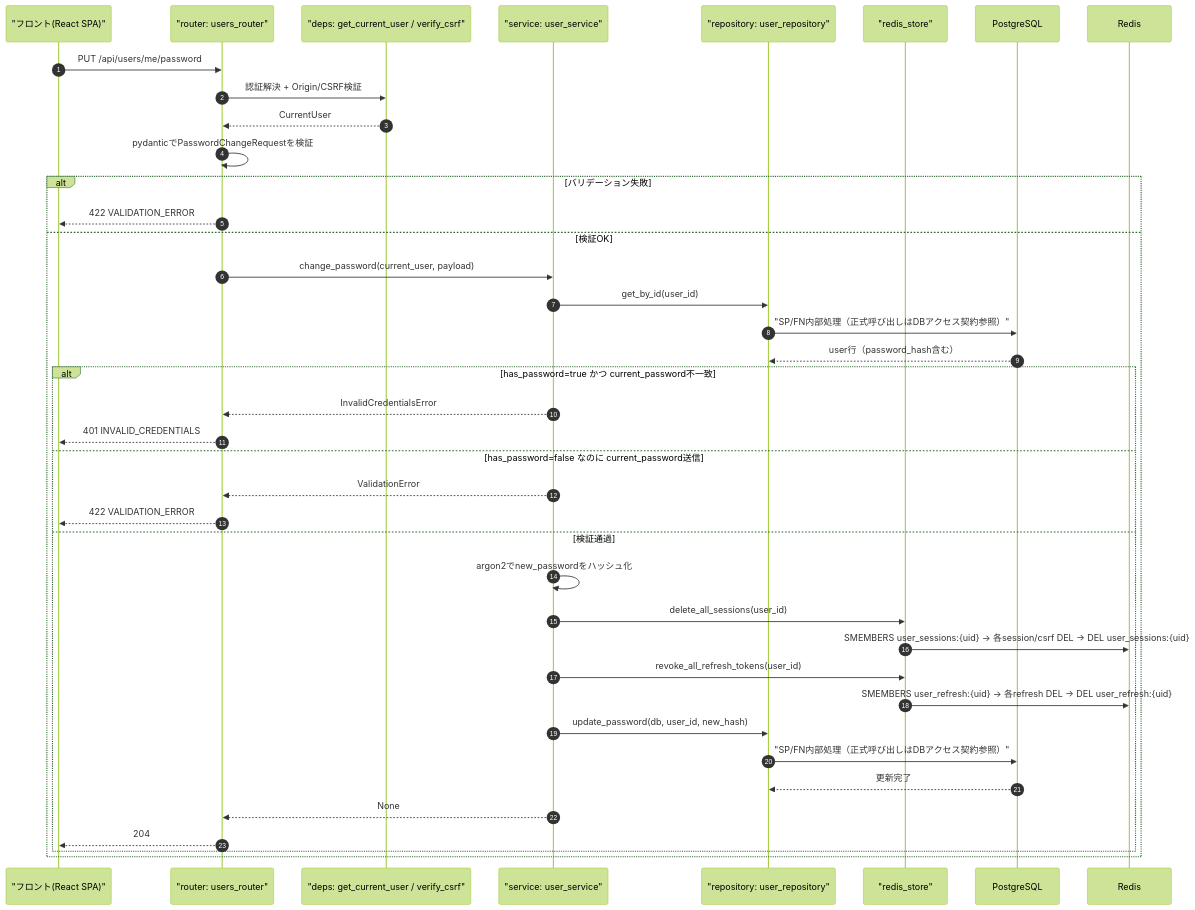
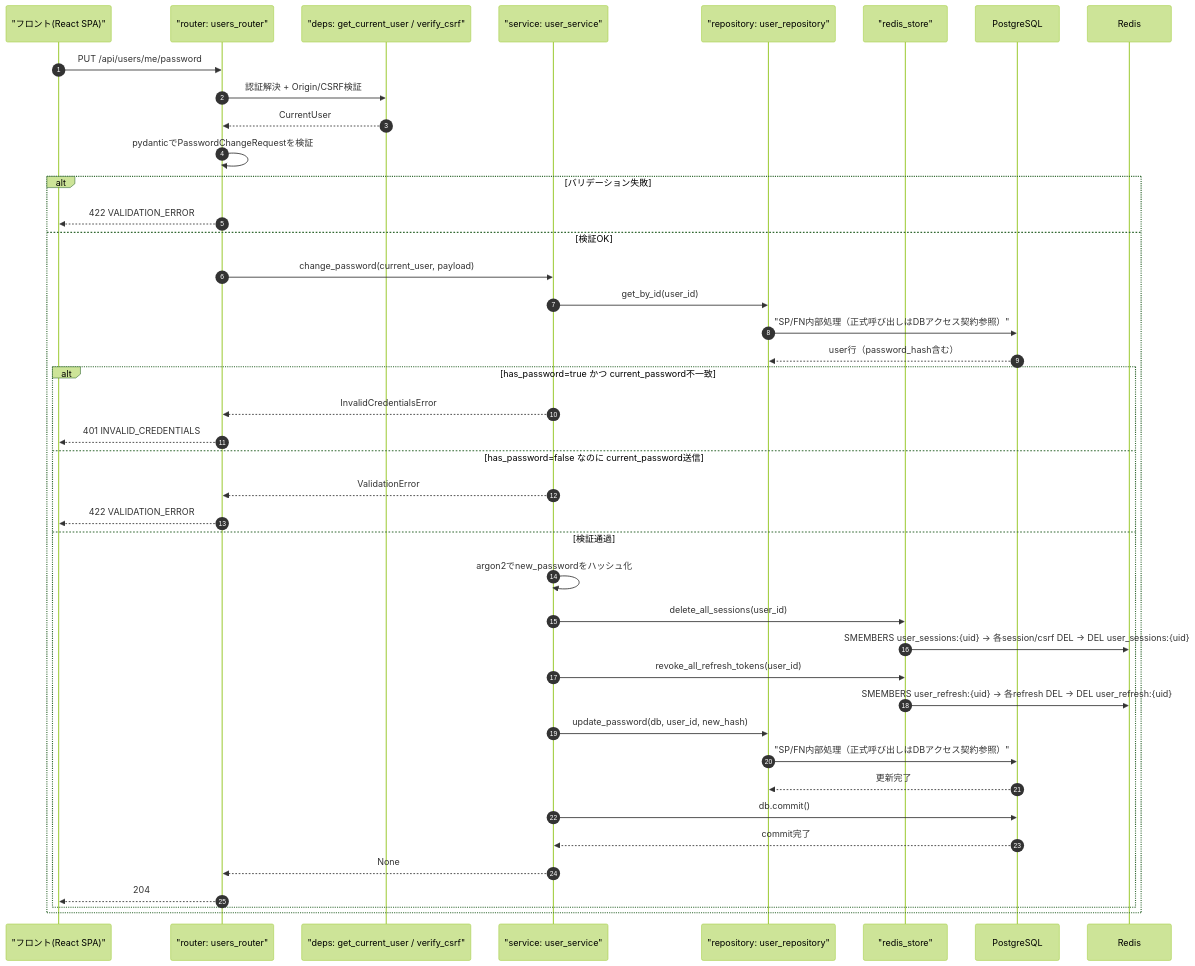
One commit to oikawa-d/task_management changed the first of 4 diagrams in docs/detailed_design/api/users/03_put_users_me_password.md. Above: the diagram before and after it, drawn with Mermaid (forest theme). The commit also changed other lines of this file and 2 other files, not shown here.

````diff
--- a/docs/detailed_design/api/users/03_put_users_me_password.md
+++ b/docs/detailed_design/api/users/03_put_users_me_password.md
@@ -82,43 +82,45 @@
 ```mermaid
 sequenceDiagram
     autonumber
     participant FE as "フロント(React SPA)"
     participant R as "router: users_router"
     participant DEP as "deps: get_current_user / verify_csrf"
     participant S as "service: user_service"
     participant URP as "repository: user_repository"
     participant RS as "redis_store"
     participant PG as PostgreSQL
     participant RD as Redis
 
     FE->>R: PUT /api/users/me/password
     R->>DEP: 認証解決 + Origin/CSRF検証
     DEP-->>R: CurrentUser
     R->>R: pydanticでPasswordChangeRequestを検証
     alt バリデーション失敗
         R-->>FE: 422 VALIDATION_ERROR
     else 検証OK
         R->>S: change_password(current_user, payload)
         S->>URP: get_by_id(user_id)
         URP->>PG: "SP/FN内部処理（正式呼び出しはDBアクセス契約参照）"
         PG-->>URP: user行（password_hash含む）
         alt has_password=true かつ current_password不一致
             S-->>R: InvalidCredentialsError
             R-->>FE: 401 INVALID_CREDENTIALS
         else has_password=false なのに current_password送信
             S-->>R: ValidationError
             R-->>FE: 422 VALIDATION_ERROR
         else 検証通過
             S->>S: argon2でnew_passwordをハッシュ化
             S->>RS: delete_all_sessions(user_id)
             RS->>RD: SMEMBERS user_sessions:{uid} → 各session/csrf DEL → DEL user_sessions:{uid}
             S->>RS: revoke_all_refresh_tokens(user_id)
             RS->>RD: SMEMBERS user_refresh:{uid} → 各refresh DEL → DEL user_refresh:{uid}
             S->>URP: update_password(db, user_id, new_hash)
             URP->>PG: "SP/FN内部処理（正式呼び出しはDBアクセス契約参照）"
             PG-->>URP: 更新完了
+            S->>PG: db.commit()
+            PG-->>S: commit完了
             S-->>R: None
             R-->>FE: 204
         end
     end
 ```
````
